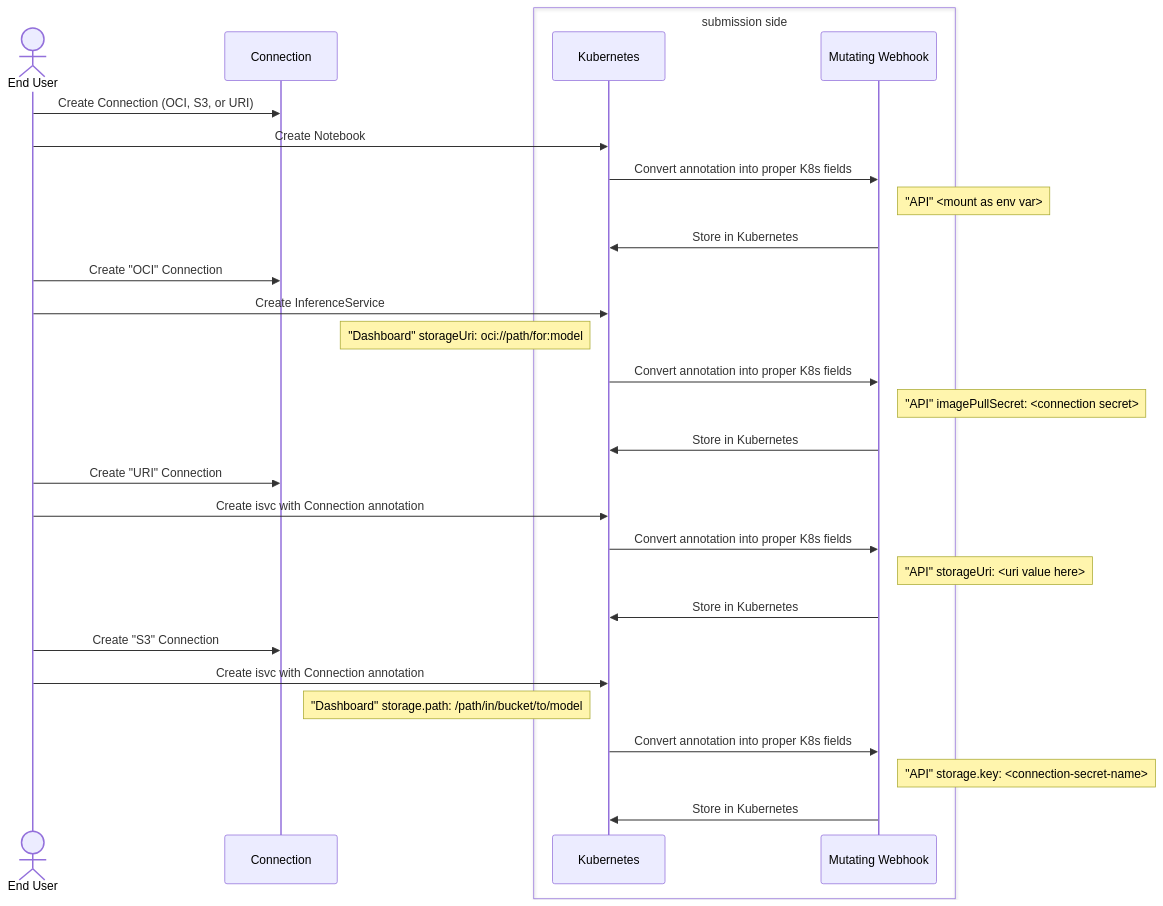
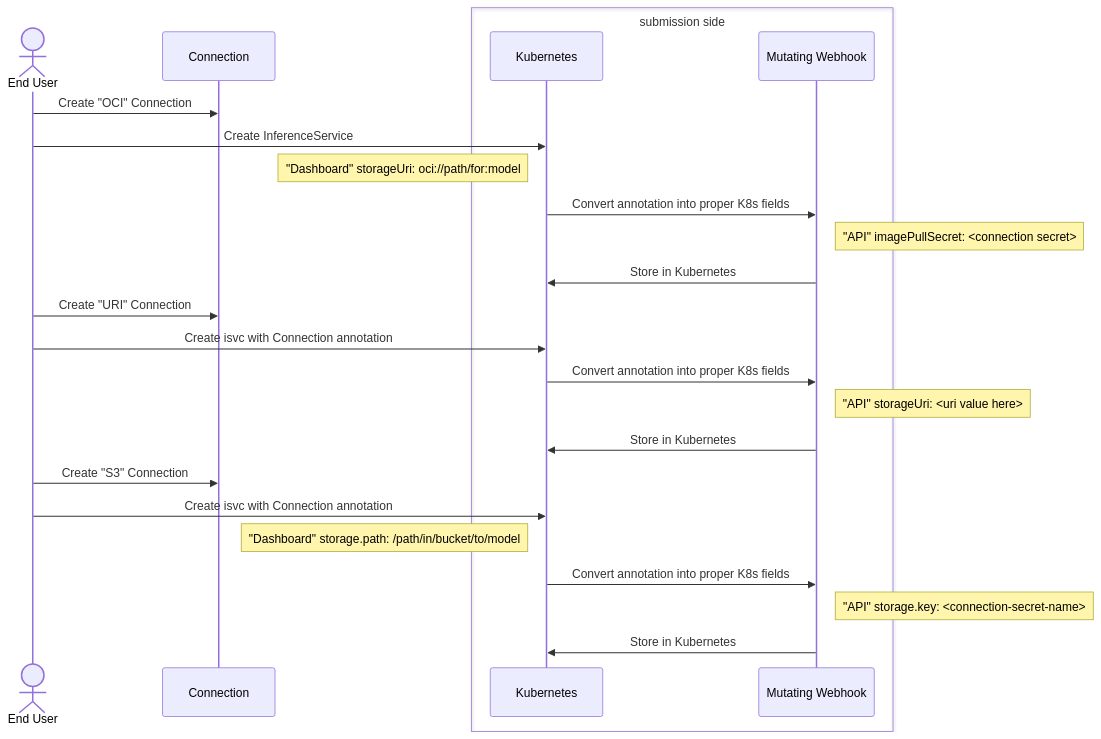
Before and after one commit to andrewballantyne/odh-dashboard: the second of 2 diagrams in README.md, drawn with Mermaid.

````diff
--- a/README.md
+++ b/README.md
@@ -27,35 +27,29 @@
 ```mermaid
 sequenceDiagram
     actor U as End User
     participant C as Connection
     box submission side
     participant K8s as Kubernetes
     participant webhook as Mutating Webhook
     end
-
-    U->>C: Create Connection (OCI, S3, or URI)
-    U->>K8s: Create Notebook
-    K8s->>webhook: Convert annotation into proper K8s fields
-    Note right of webhook: "API" <mount as env var>
-    webhook->>K8s: Store in Kubernetes
 
     U->>C: Create "OCI" Connection
     U->>K8s: Create InferenceService
     Note left of K8s: "Dashboard" storageUri: oci://path/for:model
     K8s->>webhook: Convert annotation into proper K8s fields
     Note right of webhook: "API" imagePullSecret: <connection secret>
     webhook->>K8s: Store in Kubernetes
 
     U->>C: Create "URI" Connection
     U->>K8s: Create isvc with Connection annotation
     K8s->>webhook: Convert annotation into proper K8s fields
     Note right of webhook: "API" storageUri: <uri value here>
     webhook->>K8s: Store in Kubernetes
 
     U->>C: Create "S3" Connection
     U->>K8s: Create isvc with Connection annotation
     Note left of K8s: "Dashboard" storage.path: /path/in/bucket/to/model
     K8s->>webhook: Convert annotation into proper K8s fields
     Note right of webhook: "API" storage.key: <connection-secret-name>
     webhook->>K8s: Store in Kubernetes
 ```
````
